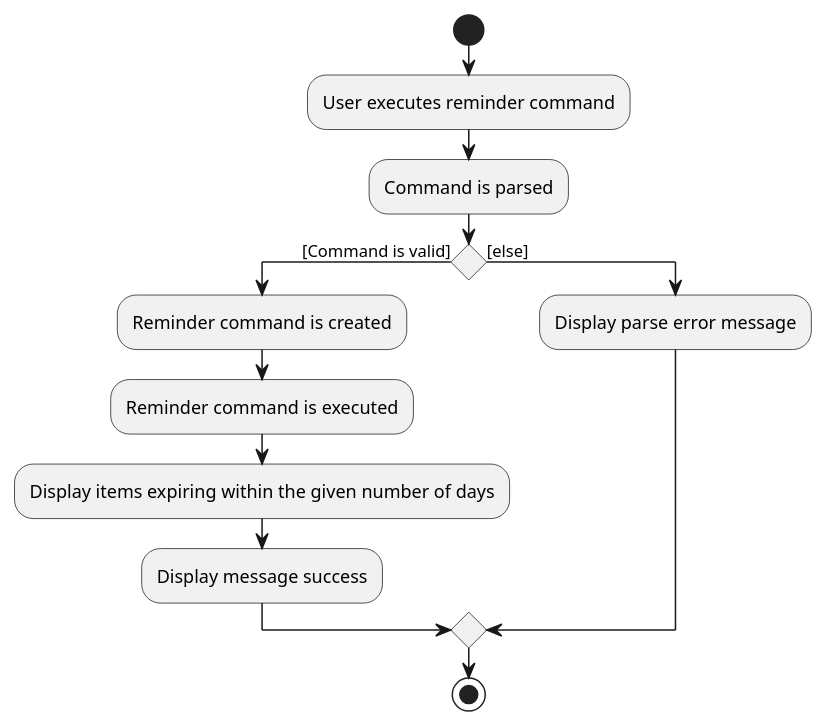
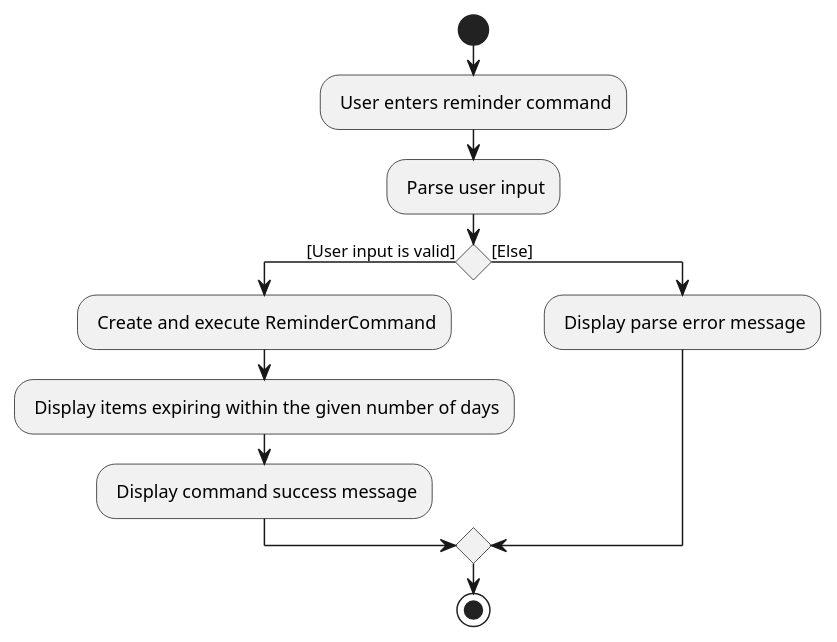
Before and after one commit to nus-cs2103-AY2021S2/tp: the diagram in docs/diagrams/ReminderActivityDiagram.puml, drawn with PlantUML. The commit also changed 5 other files, not shown here.

Commit message:
update sequence and activity diagrams

```diff
--- a/docs/diagrams/ReminderActivityDiagram.puml
+++ b/docs/diagrams/ReminderActivityDiagram.puml
@@ -1,17 +1,16 @@
 @startuml
 start
-:User executes reminder command;
-:Command is parsed;
+: User enters reminder command;
+: Parse user input;
 'Since the beta syntax does not support placing the condition outside the
 'diamond we place it as the true branch instead.
 
-if () then ([Command is valid])
-    :Reminder command is created;
-    :Reminder command is executed;
-    :Display items expiring within the given number of days;
-    :Display message success;
-else ([else])
-    :Display parse error message;
+if () then ([User input is valid])
+    : Create and execute ReminderCommand;
+    : Display items expiring within the given number of days;
+    : Display command success message;
+else ([Else])
+    : Display parse error message;
 endif
 stop
 @enduml
```
